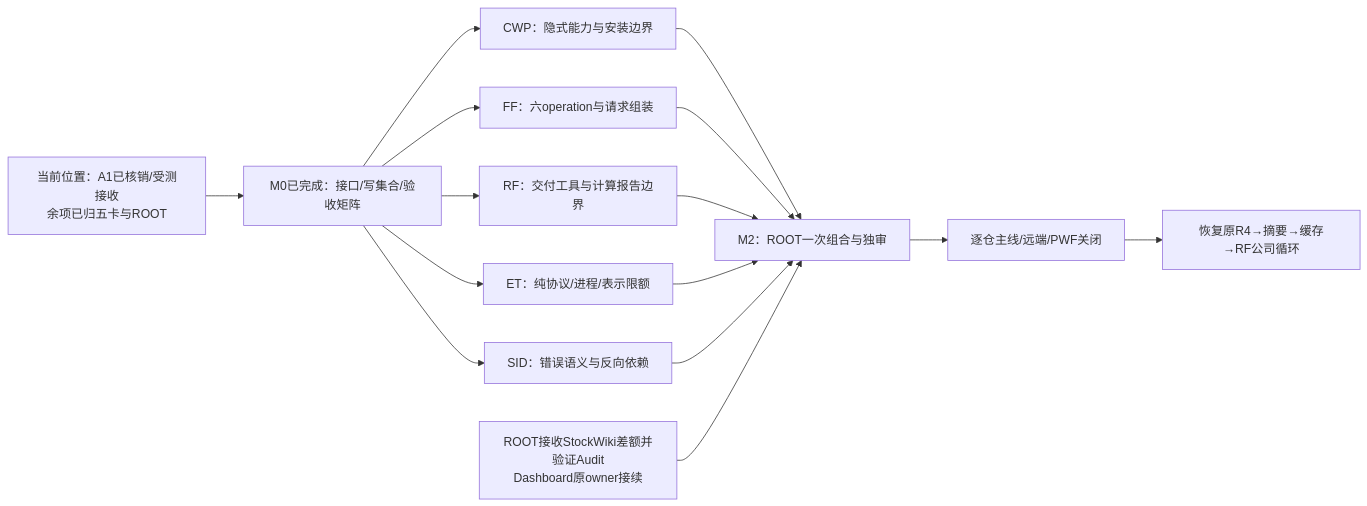
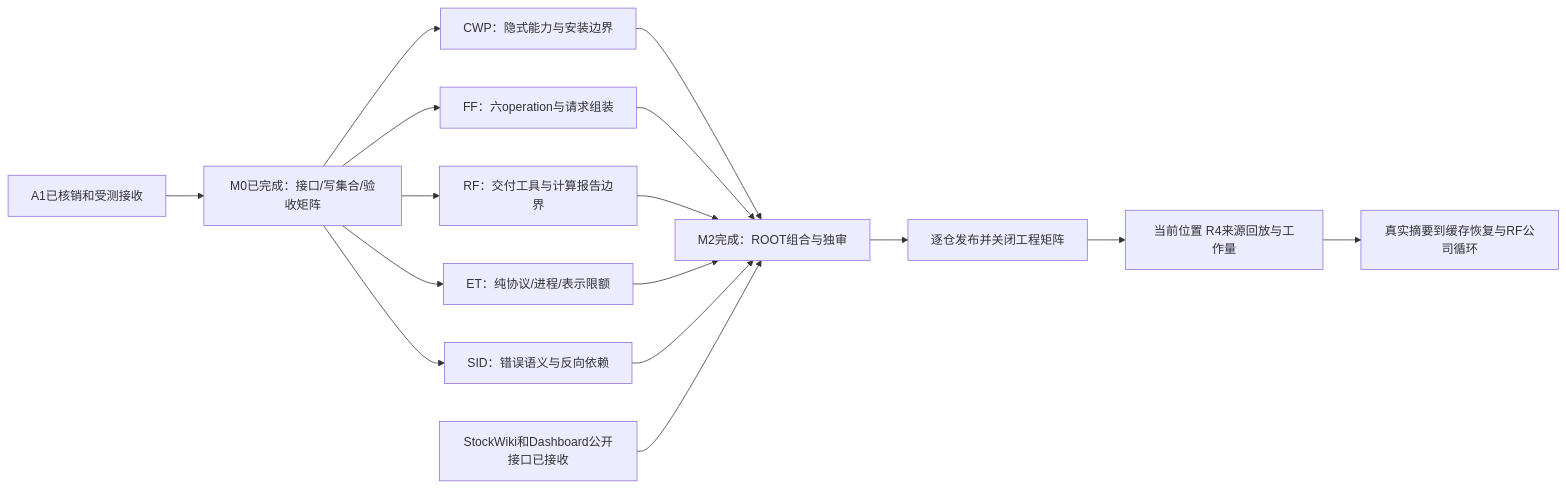
One commit to zhengcb81/company-wiki changed the diagram in docs/plans/module-boundaries-2026-11-11/README.md. Above: the diagram before and after it, drawn with Mermaid. The commit also changed other lines of this file and 15 other files, not shown here.

````diff
--- a/docs/plans/module-boundaries-2026-11-11/README.md
+++ b/docs/plans/module-boundaries-2026-11-11/README.md
@@ -20,17 +22,18 @@
 ```mermaid
 flowchart LR
-  A[当前位置：A1已核销/受测接收\n余项已归五卡与ROOT] --> B[M0已完成：接口/写集合/验收矩阵]
+  A[A1已核销和受测接收] --> B[M0已完成：接口/写集合/验收矩阵]
   B --> C1[CWP：隐式能力与安装边界]
   B --> C2[FF：六operation与请求组装]
   B --> C3[RF：交付工具与计算报告边界]
   B --> C4[ET：纯协议/进程/表示限额]
   B --> C5[SID：错误语义与反向依赖]
-  C1 --> D[M2：ROOT一次组合与独审]
+  C1 --> D[M2完成：ROOT组合与独审]
   C2 --> D
   C3 --> D
   C4 --> D
   C5 --> D
-  S[ROOT接收StockWiki差额并验证Audit\nDashboard原owner接续] --> D
-  D --> E[逐仓主线/远端/PWF关闭]
-  E --> F[恢复原R4→摘要→缓存→RF公司循环]
+  S[StockWiki和Dashboard公开接口已接收] --> D
+  D --> E[逐仓发布并关闭工程矩阵]
+  E --> F[当前位置 R4来源回放与工作量]
+  F --> G[真实摘要到缓存恢复与RF公司循环]
 ```
````
